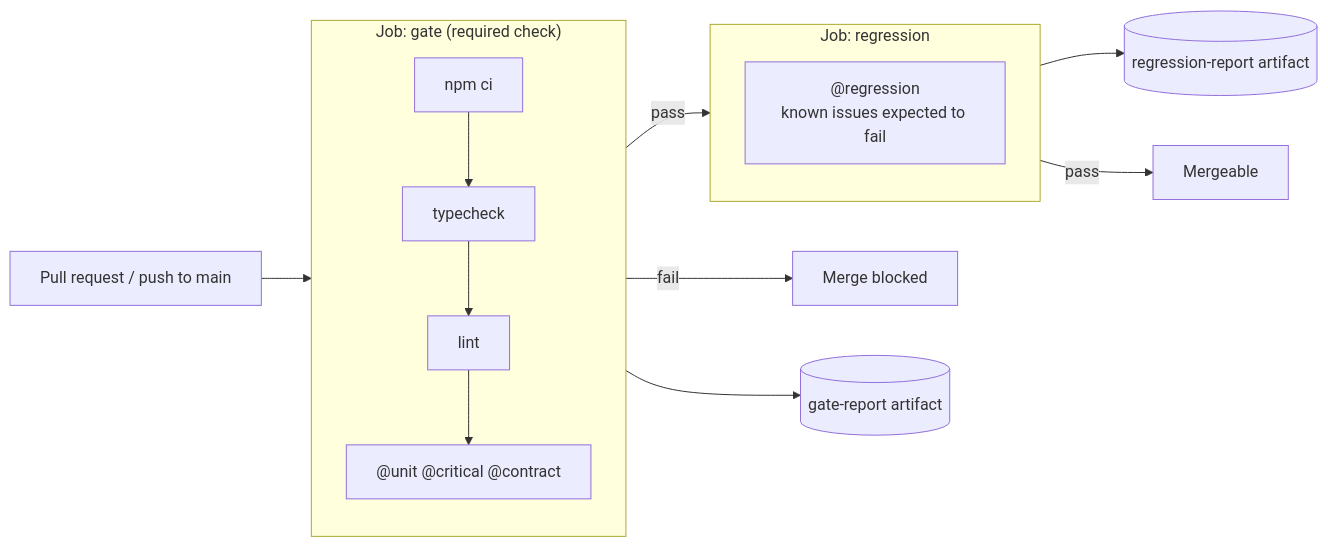
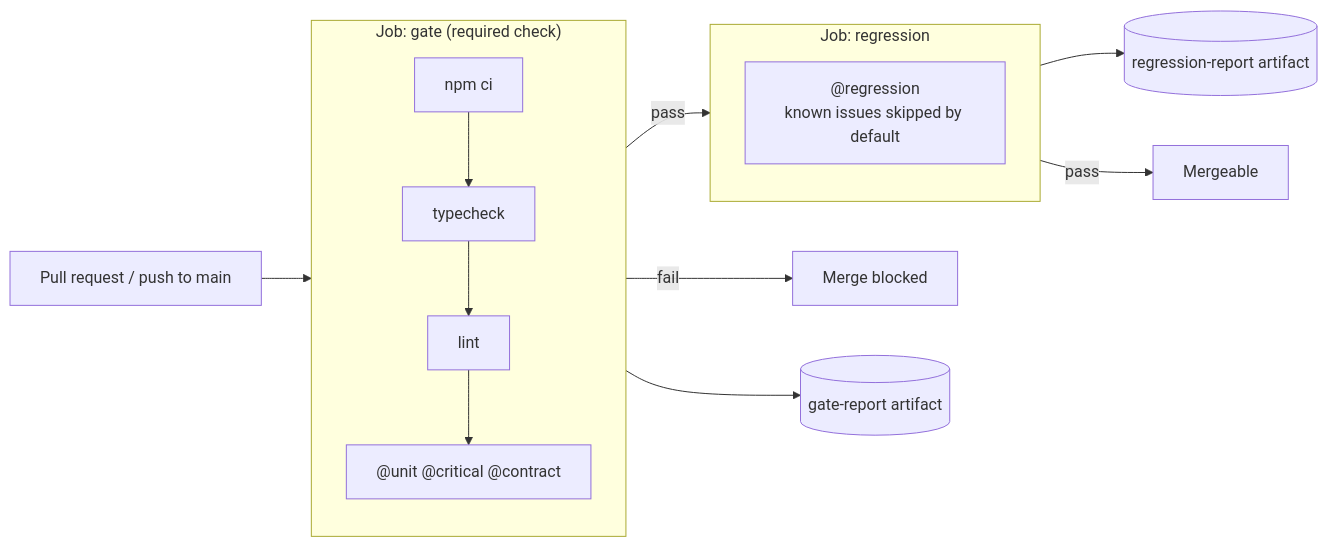
Before and after one commit to abu-bakar-pv/NL-Assignment-Automation: the third of 4 diagrams in docs/architecture.md, drawn with Mermaid. The commit also changed 14 other files, not shown here.

````diff
--- a/docs/architecture.md
+++ b/docs/architecture.md
@@ -75,21 +75,21 @@
 ```mermaid
 flowchart LR
   PR[Pull request / push to main] --> G
 
   subgraph G["Job: gate (required check)"]
     direction TB
     G1[npm ci] --> G2[typecheck] --> G3[lint] --> G4["@unit @critical @contract"]
   end
 
   G -- pass --> R
   G -- fail --> X[Merge blocked]
 
   subgraph R["Job: regression"]
     direction TB
-    R1["@regression<br/>known issues expected to fail"]
+    R1["@regression<br/>known issues skipped by default"]
   end
 
   G --> A1[(gate-report artifact)]
   R --> A2[(regression-report artifact)]
   R -- pass --> OK[Mergeable]
 ```
````
